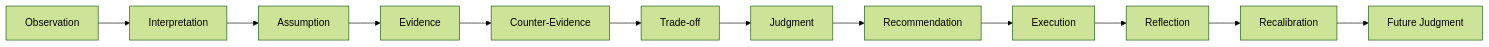
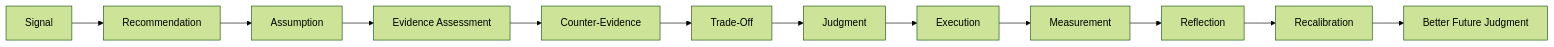
One commit to apjproduction/vgos-enterprise changed the diagram in architecture/ADR-014-reflective-cognition-executive-wisdom.md. Above: the diagram before and after it, drawn with Mermaid (forest theme). The commit also changed other lines of this file and 25 other files, not shown here.

````diff
--- a/architecture/ADR-014-reflective-cognition-executive-wisdom.md
+++ b/architecture/ADR-014-reflective-cognition-executive-wisdom.md
@@ -36,14 +37,14 @@
 ```mermaid
 flowchart LR
-  A["Observation"] --> B["Interpretation"]
+  A["Signal"] --> B["Recommendation"]
   B --> C["Assumption"]
-  C --> D["Evidence"]
+  C --> D["Evidence Assessment"]
   D --> E["Counter-Evidence"]
-  E --> F["Trade-off"]
+  E --> F["Trade-Off"]
   F --> G["Judgment"]
-  G --> H["Recommendation"]
-  H --> I["Execution"]
+  G --> H["Execution"]
+  H --> I["Measurement"]
   I --> J["Reflection"]
   J --> K["Recalibration"]
-  K --> L["Future Judgment"]
+  K --> L["Better Future Judgment"]
 ```
````
